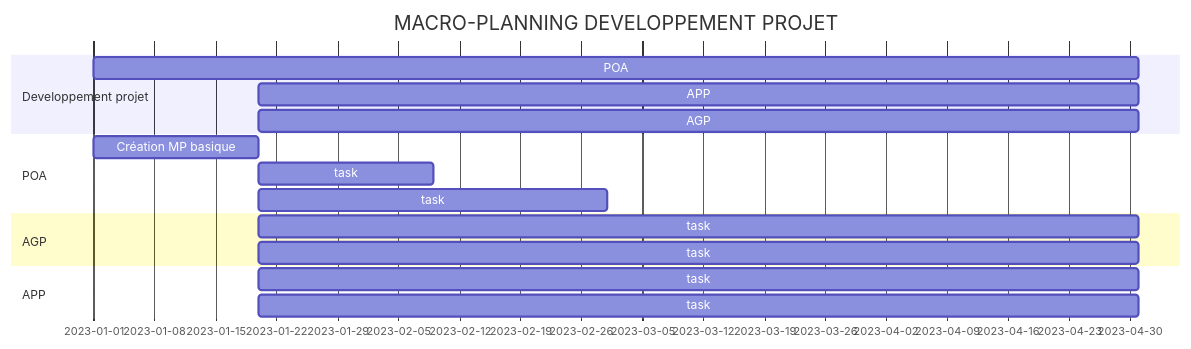
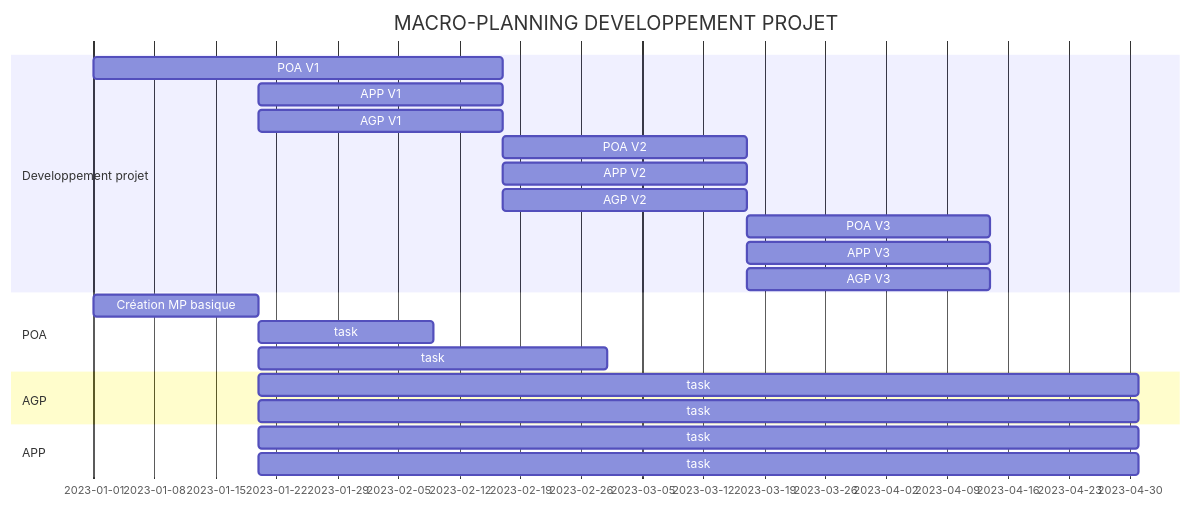
Before and after one commit to Gowthraven/Projet-Backlog: the second of 2 diagrams in README.md, drawn with Mermaid.

````diff
--- a/README.md
+++ b/README.md
@@ -192,24 +192,30 @@
 ```mermaid
 gantt
 dateFormat  YYYY-MM-DD
 
 title MACRO-PLANNING DEVELOPPEMENT PROJET
 
 section Developpement projet
-POA               :2023-01-01,2023-05-01
-APP      :2023-01-20,2023-05-01
-AGP    :2023-01-20,2023-05-01
+POA V1               :2023-01-01,2023-02-17
+APP V1     :2023-01-20,2023-02-17
+AGP V1   :2023-01-20,2023-02-17
+POA V2               :2023-02-17,2023-03-17
+APP V2     :2023-02-17,2023-03-17
+AGP V2   :2023-02-17,2023-03-17
+POA V3               :2023-03-17,2023-04-14
+APP V3     :2023-03-17,2023-04-14
+AGP V3   :2023-03-17,2023-04-14
 
 section POA
 Création MP basique               :2023-01-01,2023-01-20
 task      :2023-01-20,20d
 task    :2023-01-20,40d
 
 section AGP
 task     :2023-01-20,2023-05-01
 task    :2023-01-20,2023-05-01
 
 section APP
 task      :2023-01-20,2023-05-01
 task    :2023-01-20,2023-05-01
 ```
````
